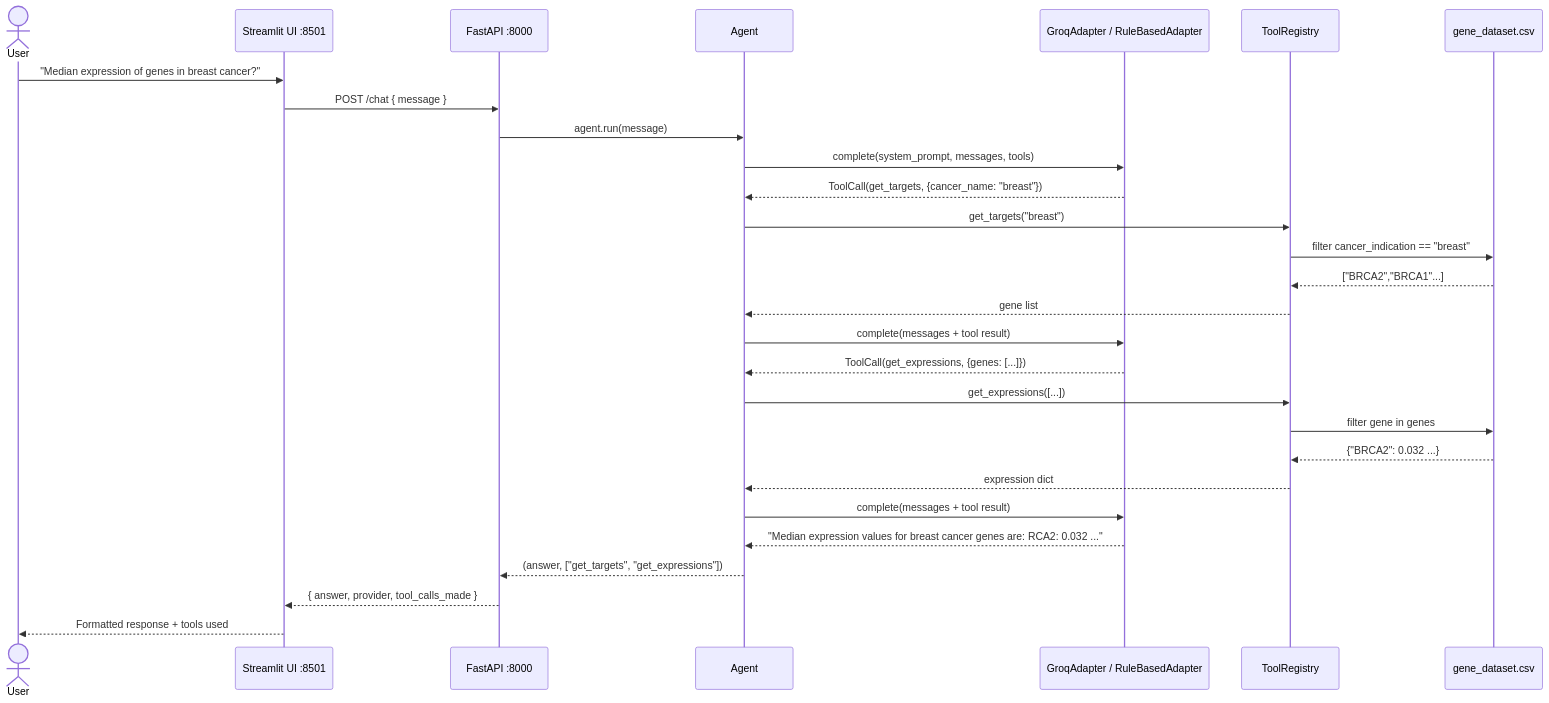
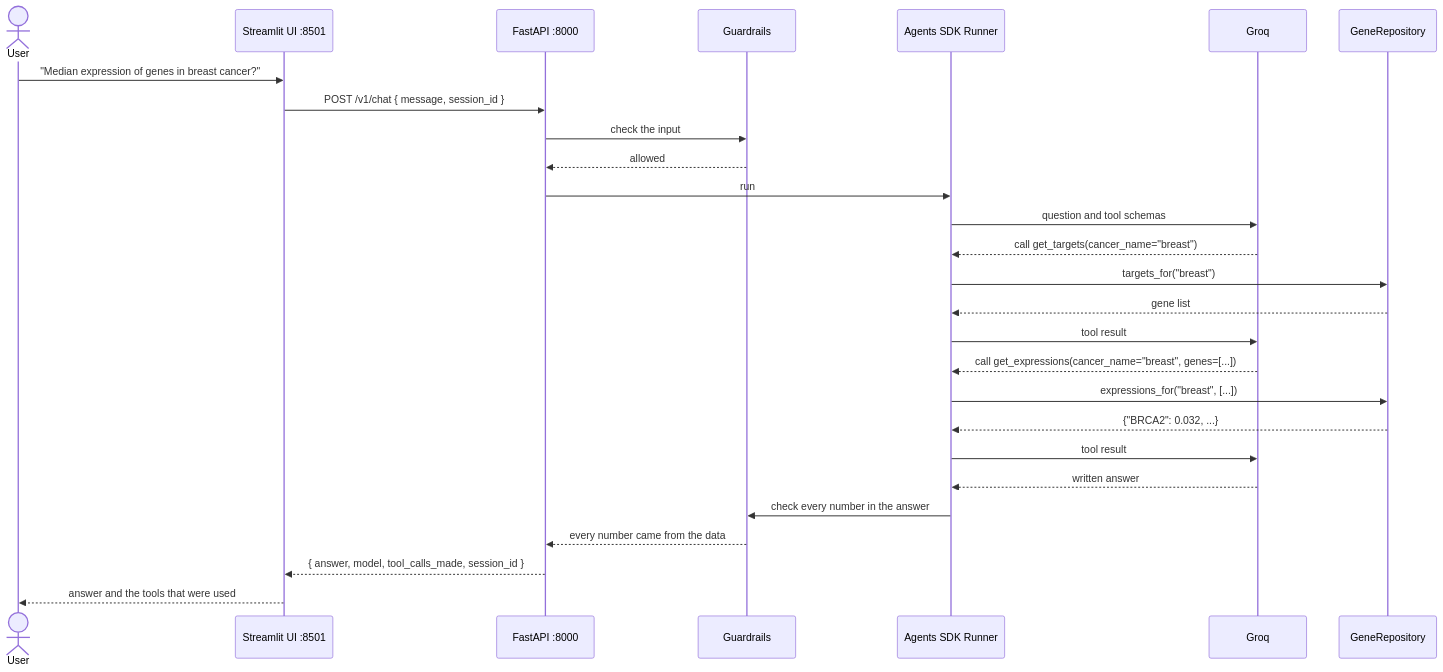
The diagram in README.MD (chemicalstan/gene-explorer), drawn with Mermaid before and after one commit. The commit also changed other lines of this file and 1 other file, not shown here.

First line of the commit message:
docs: rewrite the README and the API examples for the current service

````diff
--- a/README.MD
+++ b/README.MD
@@ -15,37 +16,33 @@
 ```mermaid
 sequenceDiagram
     actor User
     participant UI as Streamlit UI :8501
     participant API as FastAPI :8000
-    participant Agent
-    participant LLM as GroqAdapter / RuleBasedAdapter
-    participant Tools as ToolRegistry
-    participant CSV as gene_dataset.csv
+    participant Guard as Guardrails
+    participant Agent as Agents SDK Runner
+    participant Model as Groq
+    participant Repo as GeneRepository
 
     User->>UI: "Median expression of genes in breast cancer?"
-    UI->>API: POST /chat { message }
-    API->>Agent: agent.run(message)
+    UI->>API: POST /v1/chat { message, session_id }
+    API->>Guard: check the input
+    Guard-->>API: allowed
+    API->>Agent: run
 
-    Agent->>LLM: complete(system_prompt, messages, tools)
-    LLM-->>Agent: ToolCall(get_targets, {cancer_name: "breast"})
+    Agent->>Model: question and tool schemas
+    Model-->>Agent: call get_targets(cancer_name="breast")
+    Agent->>Repo: targets_for("breast")
+    Repo-->>Agent: gene list
 
-    Agent->>Tools: get_targets("breast")
-    Tools->>CSV: filter cancer_indication == "breast"
-    CSV-->>Tools: ["BRCA2","BRCA1"...]
-    Tools-->>Agent: gene list
+    Agent->>Model: tool result
+    Model-->>Agent: call get_expressions(cancer_name="breast", genes=[...])
+    Agent->>Repo: expressions_for("breast", [...])
+    Repo-->>Agent: {"BRCA2": 0.032, ...}
 
-    Agent->>LLM: complete(messages + tool result)
-    LLM-->>Agent: ToolCall(get_expressions, {genes: [...]})
-
-    Agent->>Tools: get_expressions([...])
-    Tools->>CSV: filter gene in genes
-    CSV-->>Tools: {"BRCA2": 0.032 ...}
-    Tools-->>Agent: expression dict
-
-    Agent->>LLM: complete(messages + tool result)
-    LLM-->>Agent: "Median expression values for breast cancer genes are: RCA2: 0.032 ..."
-
-    Agent-->>API: (answer, ["get_targets", "get_expressions"])
-    API-->>UI: { answer, provider, tool_calls_made }
-    UI-->>User: Formatted response + tools used
+    Agent->>Model: tool result
+    Model-->>Agent: written answer
+    Agent->>Guard: check every number in the answer
+    Guard-->>API: every number came from the data
+    API-->>UI: { answer, model, tool_calls_made, session_id }
+    UI-->>User: answer and the tools that were used
 ```
````
